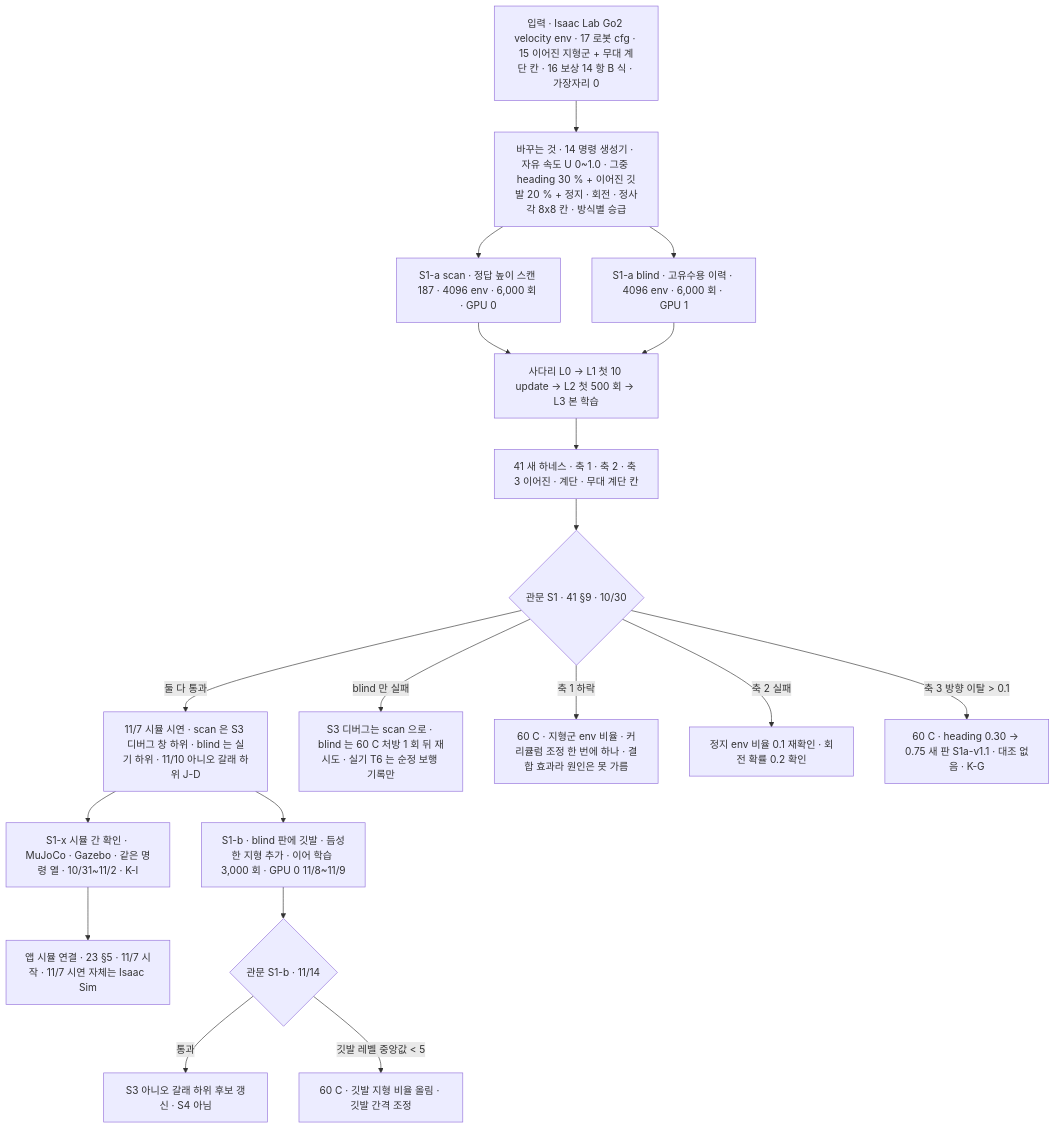
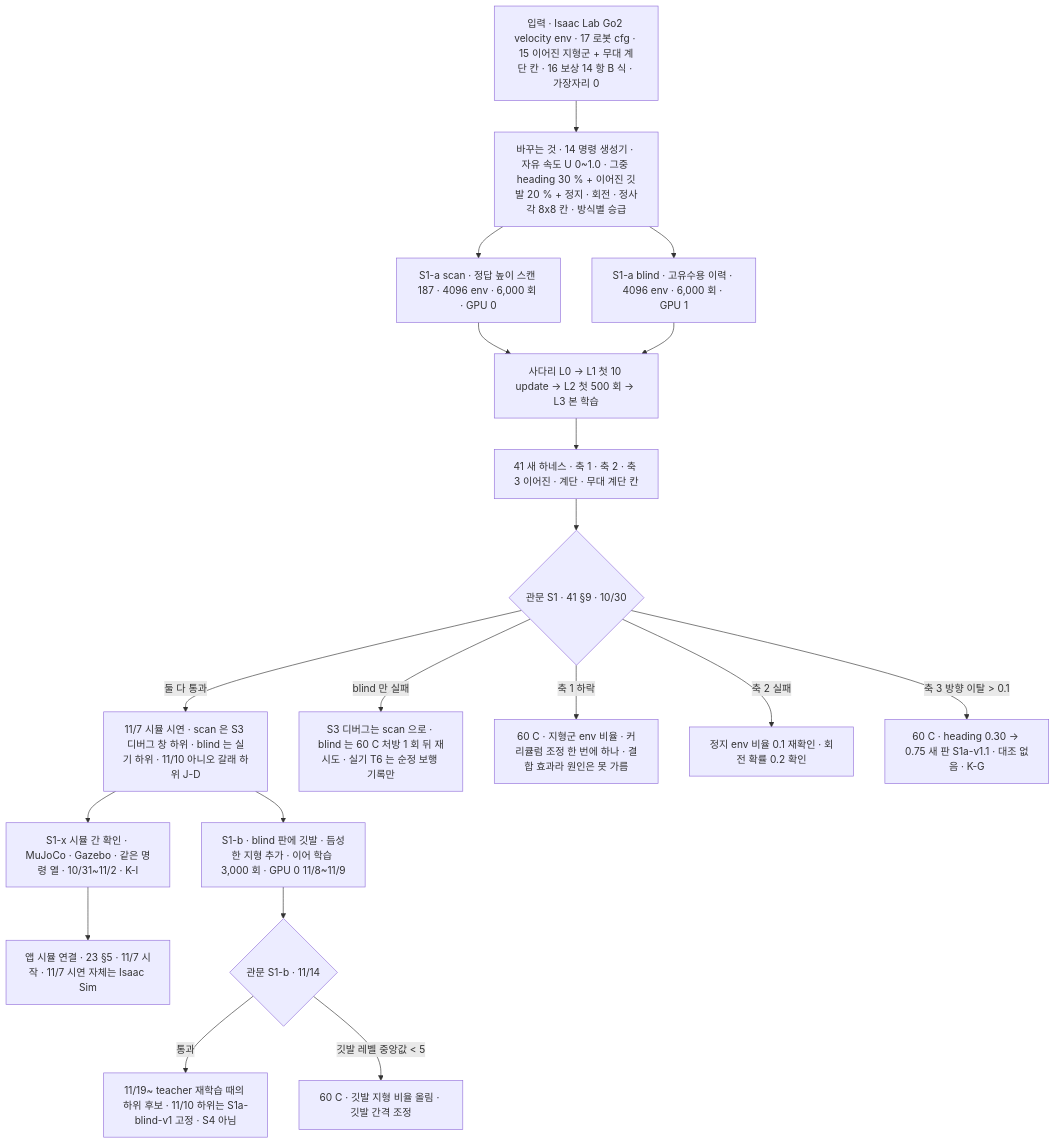
Before and after one commit to foothold-project/foothold-lab: the diagram in inbox/jay/20261019-design/52-S1-OPEN-COMMAND.md, drawn with Mermaid. The commit also changed other lines of this file and 20 other files, not shown here.

````diff
--- a/inbox/jay/20261019-design/52-S1-OPEN-COMMAND.md
+++ b/inbox/jay/20261019-design/52-S1-OPEN-COMMAND.md
@@ -15,21 +15,21 @@
 ```mermaid
 flowchart TB
   IN[입력 · Isaac Lab Go2 velocity env · 17 로봇 cfg · 15 이어진 지형군 + 무대 계단 칸 · 16 보상 14 항 B 식 · 가장자리 0] --> CH[바꾸는 것 · 14 명령 생성기 · 자유 속도 U 0~1.0 · 그중 heading 30 % + 이어진 깃발 20 % + 정지 · 회전 · 정사각 8x8 칸 · 방식별 승급]
   CH --> V1[S1-a scan · 정답 높이 스캔 187 · 4096 env · 6,000 회 · GPU 0]
   CH --> V2[S1-a blind · 고유수용 이력 · 4096 env · 6,000 회 · GPU 1]
   V1 --> L[사다리 L0 → L1 첫 10 update → L2 첫 500 회 → L3 본 학습]
   V2 --> L
   L --> EV[41 새 하네스 · 축 1 · 축 2 · 축 3 이어진 · 계단 · 무대 계단 칸]
   EV --> G{관문 S1 · 41 §9 · 10/30}
   G -->|둘 다 통과| N1[11/7 시뮬 시연 · scan 은 S3 디버그 창 하위 · blind 는 실기 하위 · 11/10 아니오 갈래 하위 J-D]
   G -->|blind 만 실패| N2[S3 디버그는 scan 으로 · blind 는 60 C 처방 1 회 뒤 재시도 · 실기 T6 는 순정 보행 기록만]
   G -->|축 1 하락| C[60 C · 지형군 env 비율 · 커리큘럼 조정 한 번에 하나 · 결합 효과라 원인은 못 가름]
   G -->|축 2 실패| C2[정지 env 비율 0.1 재확인 · 회전 확률 0.2 확인]
   G -->|축 3 방향 이탈 > 0.1| CH2[60 C · heading 0.30 → 0.75 새 판 S1a-v1.1 · 대조 없음 · K-G]
   N1 --> X[S1-x 시뮬 간 확인 · MuJoCo · Gazebo · 같은 명령 열 · 10/31~11/2 · K-I]
   X --> APPS[앱 시뮬 연결 · 23 §5 · 11/7 시작 · 11/7 시연 자체는 Isaac Sim]
   N1 --> B[S1-b · blind 판에 깃발 · 듬성한 지형 추가 · 이어 학습 3,000 회 · GPU 0 11/8~11/9]
   B --> GB{관문 S1-b · 11/14}
-  GB -->|통과| S3L[S3 아니오 갈래 하위 후보 갱신 · S4 아님]
+  GB -->|통과| S3L[11/19~ teacher 재학습 때의 하위 후보 · 11/10 하위는 S1a-blind-v1 고정 · S4 아님]
   GB -->|깃발 레벨 중앙값 < 5| CB[60 C · 깃발 지형 비율 올림 · 깃발 간격 조정]
 ```
````
